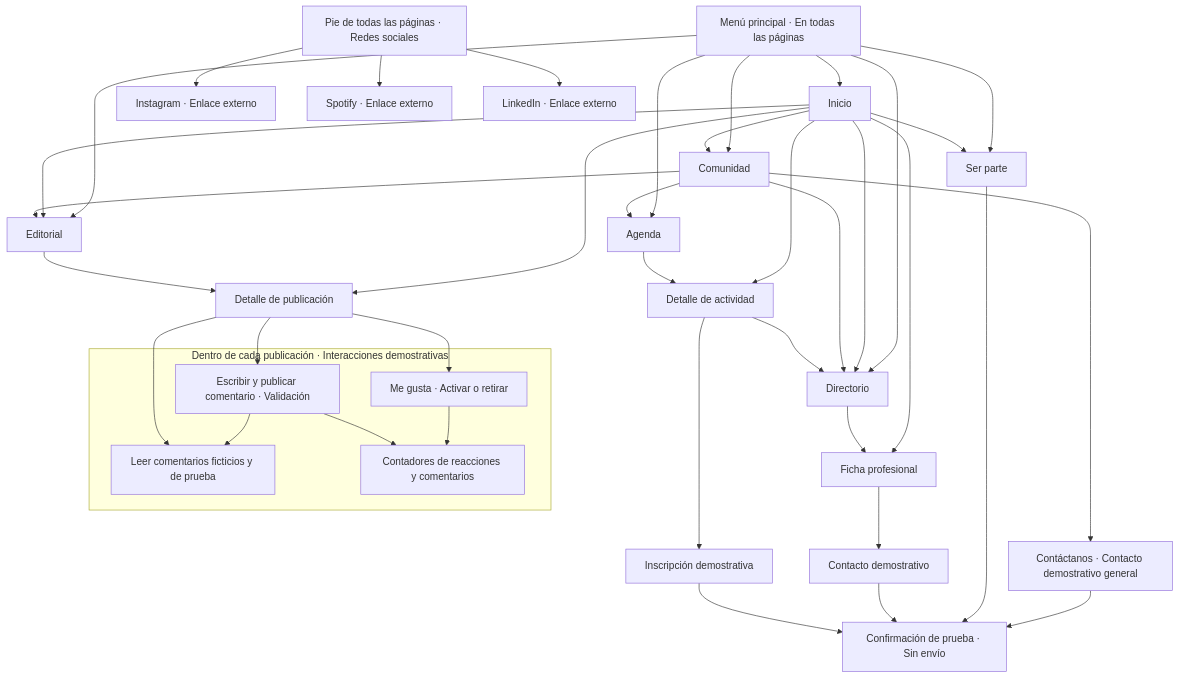
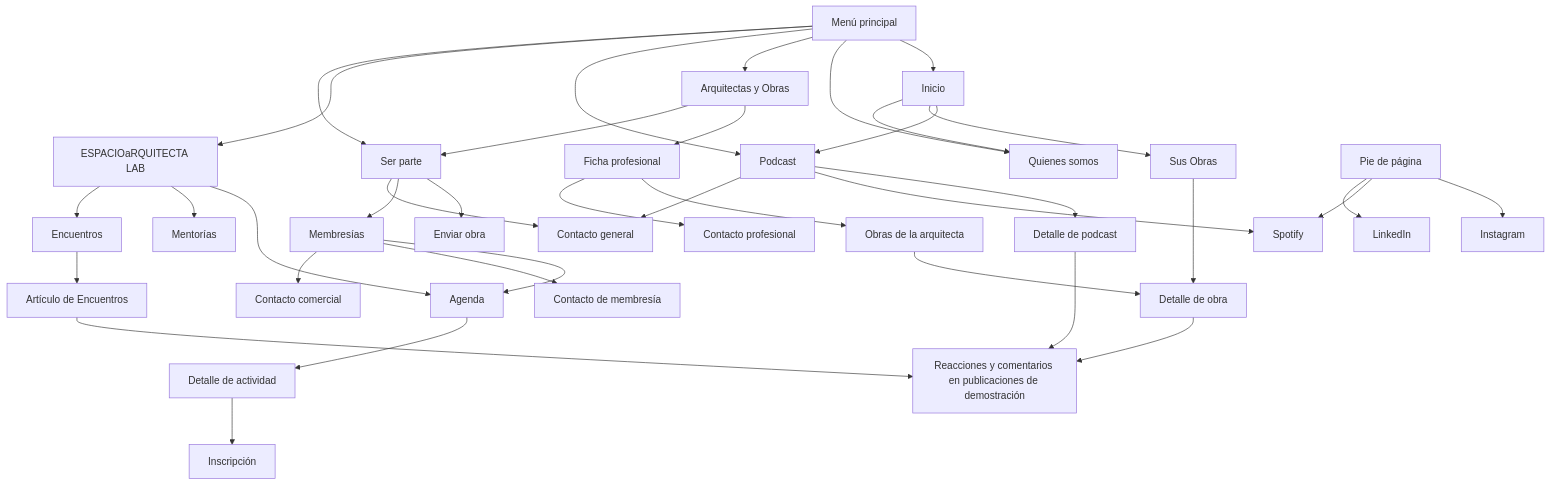
Before and after one commit to grupoferrantu-lab/espacio-arquitecta: the diagram in pruebas/NAVEGACION.md, drawn with Mermaid. The commit also changed other lines of this file and 7 other files, not shown here.

````diff
--- a/pruebas/NAVEGACION.md
+++ b/pruebas/NAVEGACION.md
@@ -5,52 +5,16 @@
 ```mermaid
 flowchart TD
-    MENU["Menú principal · En todas las páginas"]
-    MENU --> I["Inicio"]
-    MENU --> C["Comunidad"]
-    MENU --> D["Directorio"]
-    MENU --> A["Agenda"]
-    MENU --> E["Editorial"]
-    MENU --> S["Ser parte"]
-
-    I --> D
-    I --> C
-    I --> S
-    I --> E
-    I --> PF["Ficha profesional"]
-    I --> AC["Detalle de actividad"]
-    I --> PUB["Detalle de publicación"]
-
-    C --> D
-    C --> A
-    C --> E
-    C --> CTG["Contáctanos · Contacto demostrativo general"]
-    CTG --> CF
-
-    D --> PF
-    PF --> CT["Contacto demostrativo"]
-    A --> AC
-    AC --> IN["Inscripción demostrativa"]
-    AC --> D
-
-    E --> PUB
-    subgraph PARTICIPACION["Dentro de cada publicación · Interacciones demostrativas"]
-        MG["Me gusta · Activar o retirar"]
-        LC["Leer comentarios ficticios y de prueba"]
-        EC["Escribir y publicar comentario · Validación"]
-        TOTAL["Contadores de reacciones y comentarios"]
-        MG --> TOTAL
-        EC --> LC
-        EC --> TOTAL
-    end
-    PUB --> MG
-    PUB --> LC
-    PUB --> EC
-
-    S --> CF["Confirmación de prueba · Sin envío"]
-    CT --> CF
-    IN --> CF
-
-    FOOT["Pie de todas las páginas · Redes sociales"] --> IG["Instagram · Enlace externo"]
-    FOOT --> SP["Spotify · Enlace externo"]
-    FOOT --> LI["LinkedIn · Enlace externo"]
+    MENU["Menú principal"] --> I["Inicio"] & C["Quienes somos"] & D["Arquitectas y Obras"] & V["Podcast"] & L["ESPACIOaRQUITECTA LAB"] & S["Ser parte"]
+    I --> V & P["Sus Obras"] & C
+    D --> PF["Ficha profesional"] & S
+    PF --> W["Obras de la arquitecta"] & CP["Contacto profesional"]
+    P & W --> PUB["Detalle de obra"]
+    V --> EP["Detalle de podcast"] & SP["Spotify"] & CT["Contacto general"]
+    L --> A["Agenda"] & M["Mentorías"] & E["Encuentros"]
+    A --> AC["Detalle de actividad"] --> IN["Inscripción"]
+    E --> ART["Artículo de Encuentros"]
+    PUB & EP & ART --> PARTICIPACION["Reacciones y comentarios en publicaciones de demostración"]
+    S --> EO["Enviar obra"] & ME["Membresías"] & CT
+    ME --> A & CM["Contacto de membresía"] & CO["Contacto comercial"]
+    FOOT["Pie de página"] --> IG["Instagram"] & SP & LI["LinkedIn"]
 ```
````
